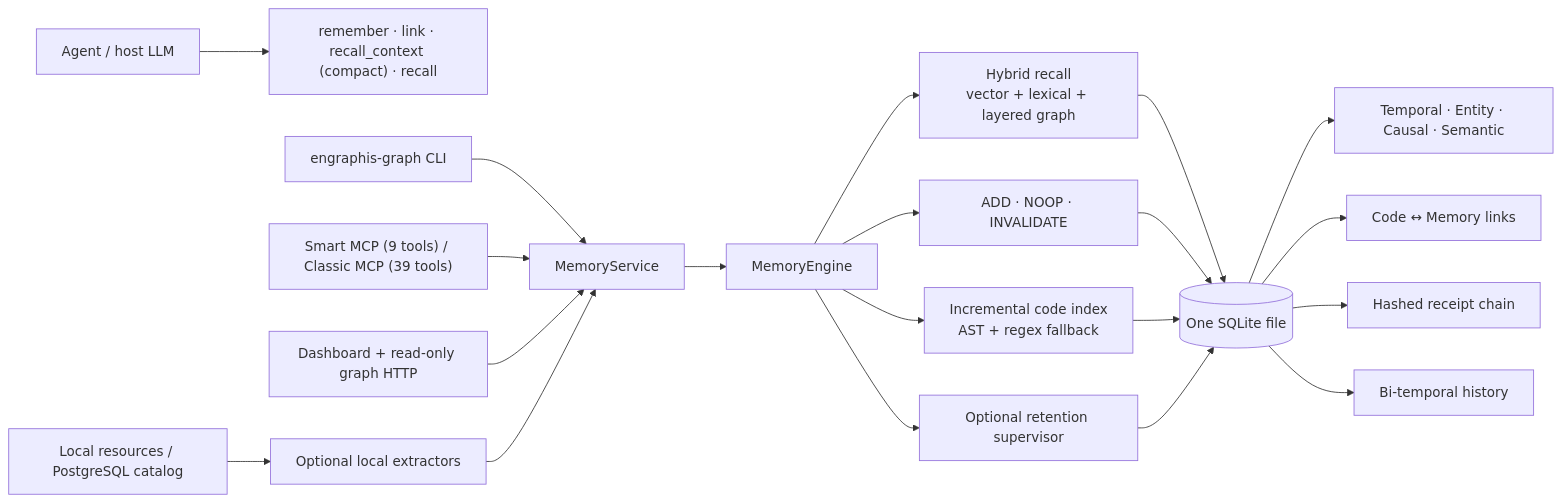
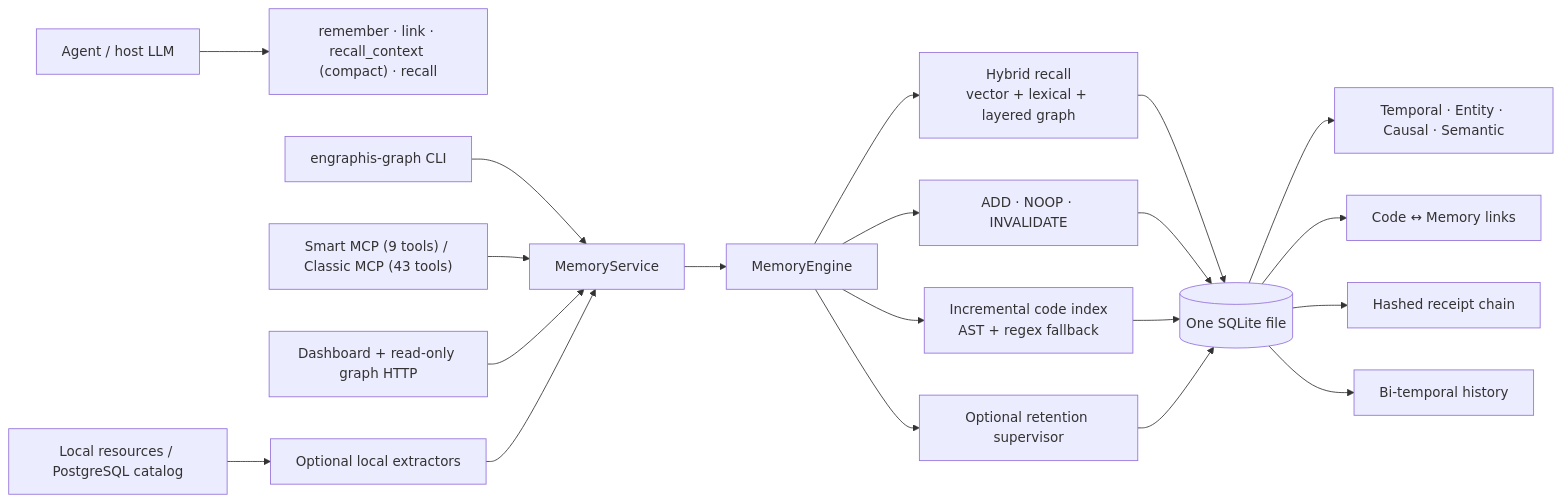
The diagram in docs/ARCHITECTURE_V3.md (Coding-Dev-Tools/engraphis), drawn with Mermaid before and after one commit. The commit also changed 443 other files, not shown here.

````diff
--- a/docs/ARCHITECTURE_V3.md
+++ b/docs/ARCHITECTURE_V3.md
@@ -7,25 +7,25 @@
 ```mermaid
 flowchart LR
     Agent["Agent / host LLM"] --> Intent["remember · link · recall_context (compact) · recall"]
     CLI["engraphis-graph CLI"] --> Service["MemoryService"]
-    MCP["Smart MCP (9 tools) / Classic MCP (39 tools)"] --> Service
+    MCP["Smart MCP (9 tools) / Classic MCP (43 tools)"] --> Service
     HTTP["Dashboard + read-only graph HTTP"] --> Service
     Import["Local resources / PostgreSQL catalog"] --> Extractors["Optional local extractors"]
     Extractors --> Service
 
     Service --> Engine["MemoryEngine"]
     Engine --> Recall["Hybrid recall\nvector + lexical + layered graph"]
     Engine --> Resolver["ADD · NOOP · INVALIDATE"]
     Engine --> Code["Incremental code index\nAST + regex fallback"]
     Engine --> Retention["Optional retention supervisor"]
 
     Recall --> SQLite[("One SQLite file")]
     Resolver --> SQLite
     Code --> SQLite
     Retention --> SQLite
 
     SQLite --> Layers["Temporal · Entity · Causal · Semantic"]
     SQLite --> Bridge["Code ↔ Memory links"]
     SQLite --> Receipts["Hashed receipt chain"]
     SQLite --> History["Bi-temporal history"]
 ```
````
